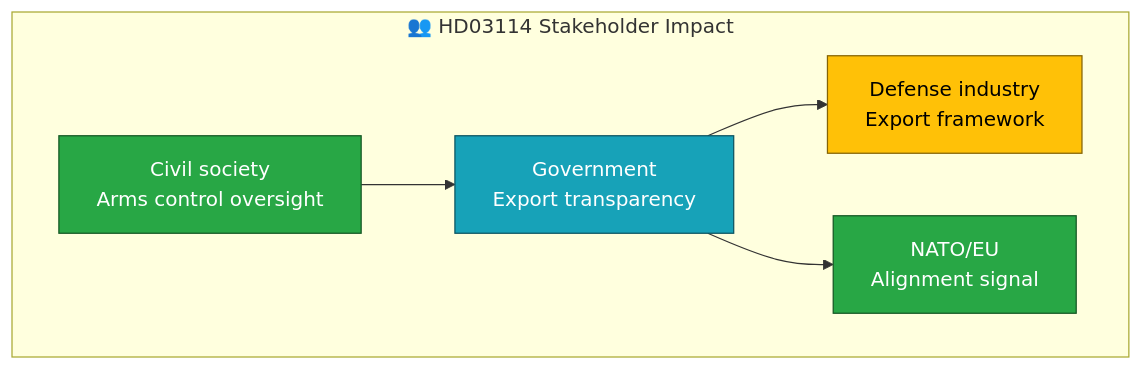
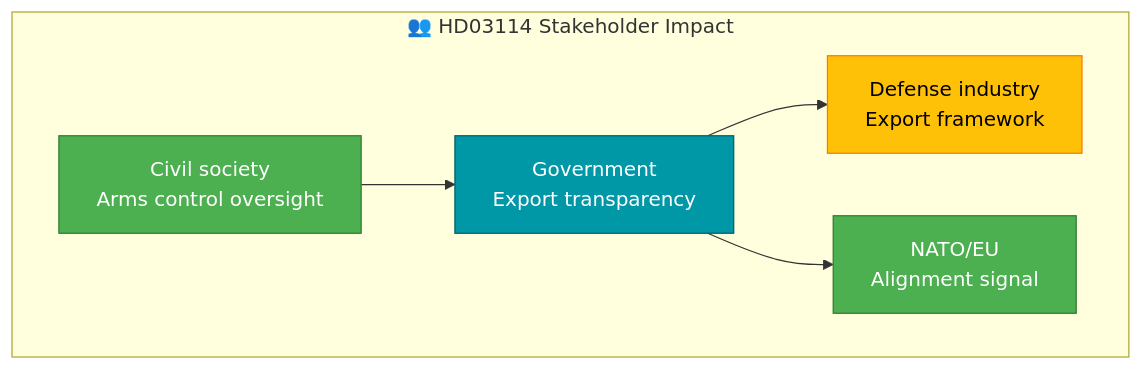
Before and after one commit to Hack23/riksdagsmonitor: the diagram in analysis/daily/2026-04-07/realtime-1411/documents/hd03114-analysis.md, drawn with Mermaid. The commit also changed 785 other files, not shown here.

First line of the commit message:
Normalize mermaid colors across 786 analysis artifacts to ISMS Style Guide palette

````diff
--- a/analysis/daily/2026-04-07/realtime-1411/documents/hd03114-analysis.md
+++ b/analysis/daily/2026-04-07/realtime-1411/documents/hd03114-analysis.md
@@ -34,16 +34,16 @@
 ```mermaid
 graph TD
     subgraph "👥 HD03114 Stakeholder Impact"
         GOV_E["Government<br>Export transparency"]
         DEF["Defense industry<br>Export framework"]
         NATO_A["NATO/EU<br>Alignment signal"]
         CIVIL_S["Civil society<br>Arms control oversight"]
     end
     GOV_E --> DEF
     GOV_E --> NATO_A
     CIVIL_S --> GOV_E
-    style GOV_E fill:#17a2b8,stroke:#0c5460,color:#fff
-    style DEF fill:#ffc107,stroke:#856404,color:#000
-    style NATO_A fill:#28a745,stroke:#155724,color:#fff
-    style CIVIL_S fill:#28a745,stroke:#155724,color:#fff
+    style GOV_E fill:#0097A7,stroke:#006064,color:#FFFFFF
+    style DEF fill:#FFC107,stroke:#F57C00,color:#000000
+    style NATO_A fill:#4CAF50,stroke:#2E7D32,color:#FFFFFF
+    style CIVIL_S fill:#4CAF50,stroke:#2E7D32,color:#FFFFFF
 ```
````
